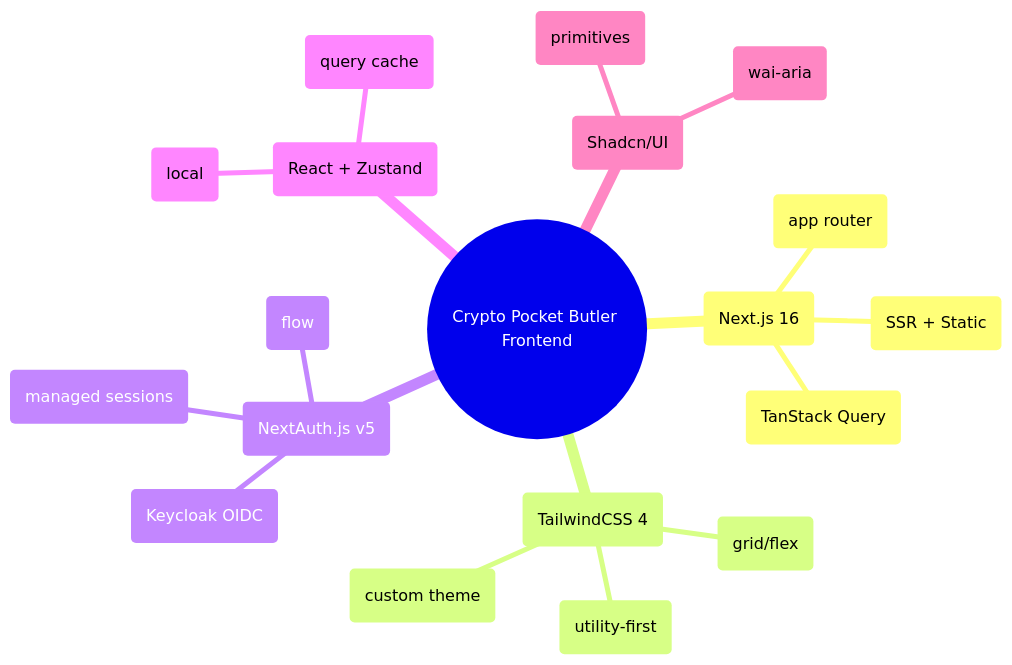
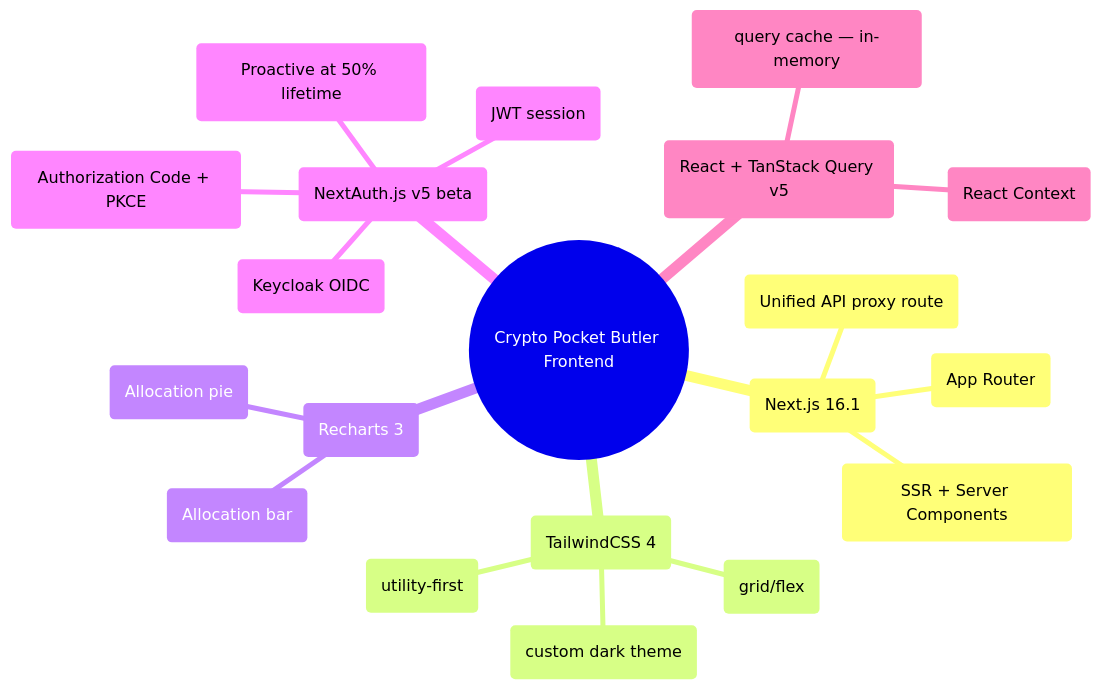
Before and after one commit to doitsu2014/crypto-pocket-butler: the second of 12 diagrams in docs/architecture/02-web-frontend.md, drawn with Mermaid. The commit also changed other lines of this file and 28 other files, not shown here.

Commit message:
Add project documentation templates and enhance architecture documentation (#183)

````diff
--- a/docs/architecture/02-web-frontend.md
+++ b/docs/architecture/02-web-frontend.md
@@ -25,22 +27,23 @@
 ```mermaid
 mindmap
   root((Crypto Pocket Butler Frontend))
-    Framework(Next.js 16)
-      Routing(app router)
-      Rendering(SSR + Static)
-      Data Fetching(TanStack Query)
+    Framework(Next.js 16.1)
+      Routing(App Router)
+      Rendering(SSR + Server Components)
+      Proxy(Unified API proxy route)
     Styling(TailwindCSS 4)
       Utilities(utility-first)
-      Themes(custom theme)
+      Themes(custom dark theme)
       Responsive(grid/flex)
-    Auth(NextAuth.js v5)
+    Charts(Recharts 3)
+      Pie(Allocation pie)
+      Bar(Allocation bar)
+    Auth(NextAuth.js v5 beta)
       Providers(Keycloak OIDC)
-      Sessions(managed sessions)
-      PKCE(flow)
-    State(React + Zustand)
-      Client State(local)
-      Server State(query cache)
-    UI Components(Shadcn/UI)
-      Primitive(primitives)
-      Accessible(wai-aria)
+      Strategy(JWT session)
+      PKCE(Authorization Code + PKCE)
+      Refresh(Proactive at 50% lifetime)
+    State(React + TanStack Query v5)
+      ServerState(query cache — in-memory)
+      ClientState(React Context)
 ```
````
